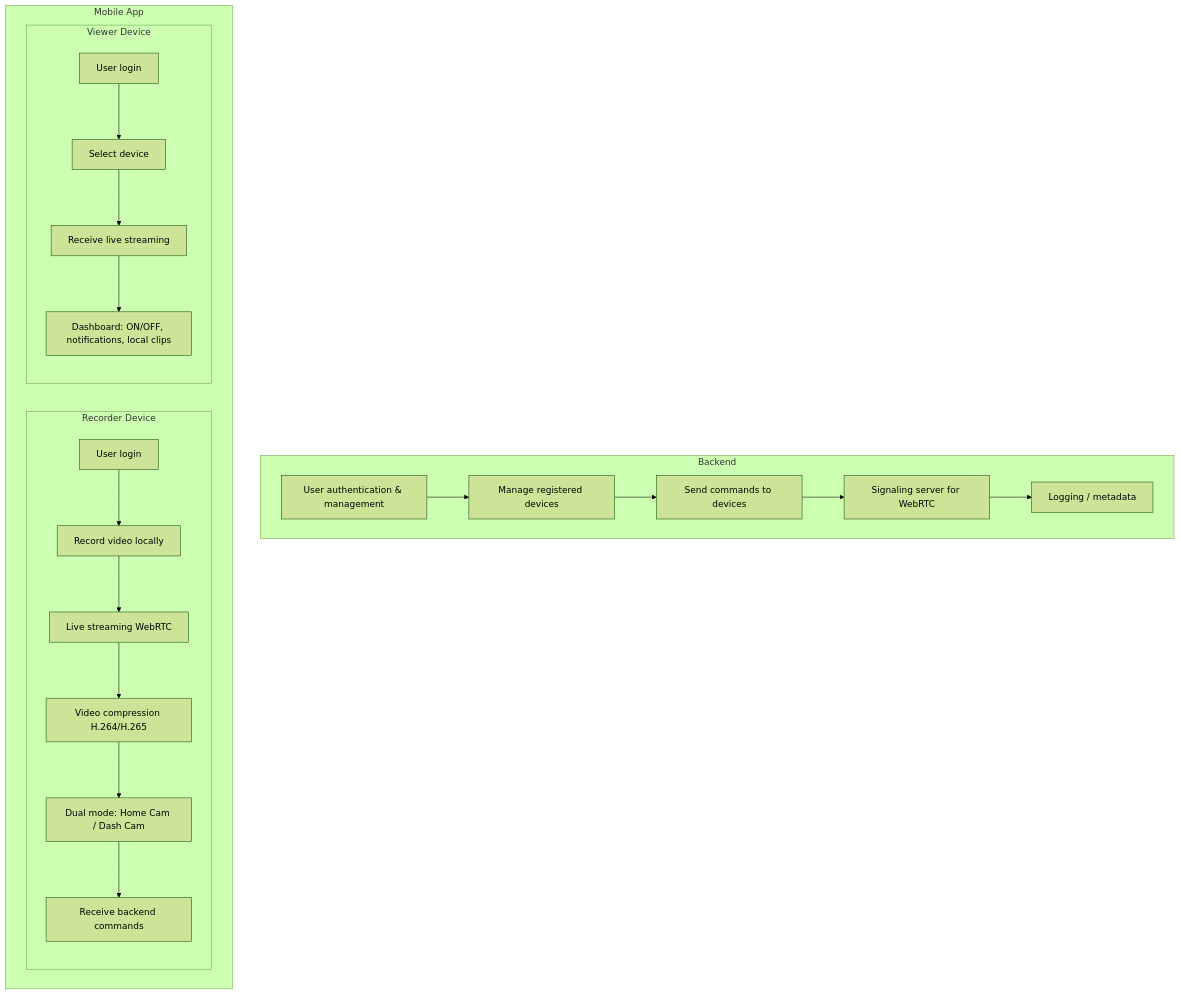
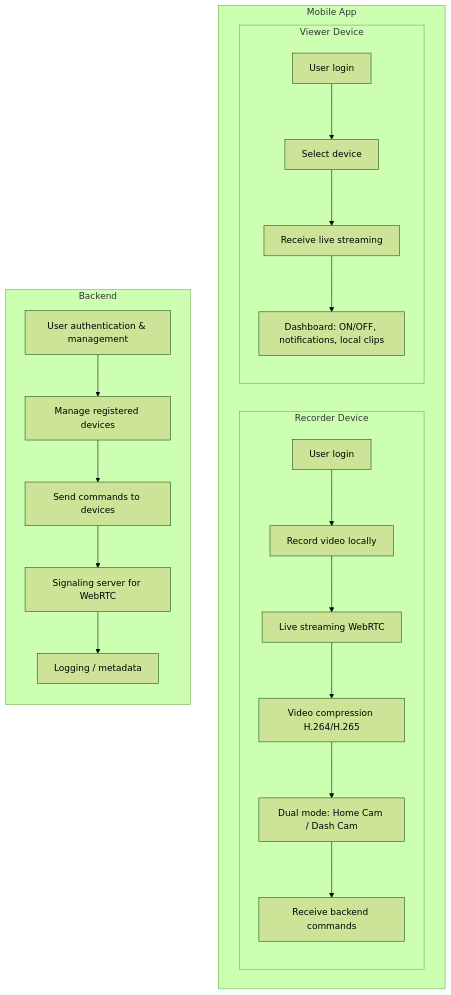
One commit to simonediberardino/HomeDriveCamFlutter changed the diagram in README.md. Above: the diagram before and after it, drawn with Mermaid (forest theme).

Commit message:
Rearrange Backend flowchart in README

````diff
--- a/README.md
+++ b/README.md
@@ -40,32 +40,34 @@
 ```mermaid
 
 flowchart TB
-    subgraph Backend
-        B1[User authentication & management]
-        B2[Manage registered devices]
-        B3[Send commands to devices]
-        B4[Signaling server for WebRTC]
-        B5[Logging / metadata]
-        B1 --> B2 --> B3 --> B4 --> B5
-    end
-
     subgraph Mobile App
+        direction LR
         subgraph Recorder Device
             A0[User login]
             A1[Record video locally]
             A2[Live streaming WebRTC]
             A3[Video compression H.264/H.265]
             A4[Dual mode: Home Cam / Dash Cam]
             A5[Receive backend commands]
             A0 --> A1 --> A2 --> A3 --> A4 --> A5
         end
 
         subgraph Viewer Device
             C1[User login]
             C2[Select device]
             C3[Receive live streaming]
             C4[Dashboard: ON/OFF, notifications, local clips]
             C1 --> C2 --> C3 --> C4
         end
     end
+
+    subgraph Backend
+        direction TB
+        B1[User authentication & management]
+        B2[Manage registered devices]
+        B3[Send commands to devices]
+        B4[Signaling server for WebRTC]
+        B5[Logging / metadata]
+        B1 --> B2 --> B3 --> B4 --> B5
+    end
 ```
````
